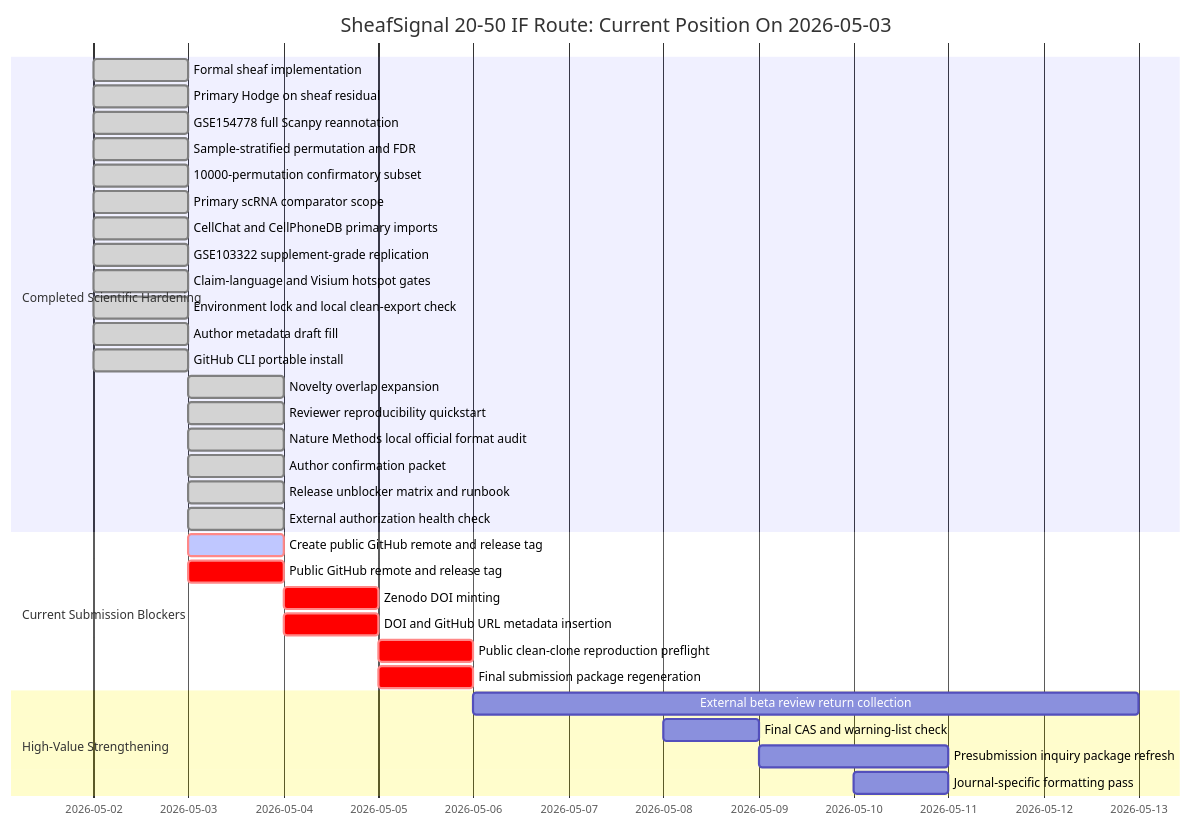
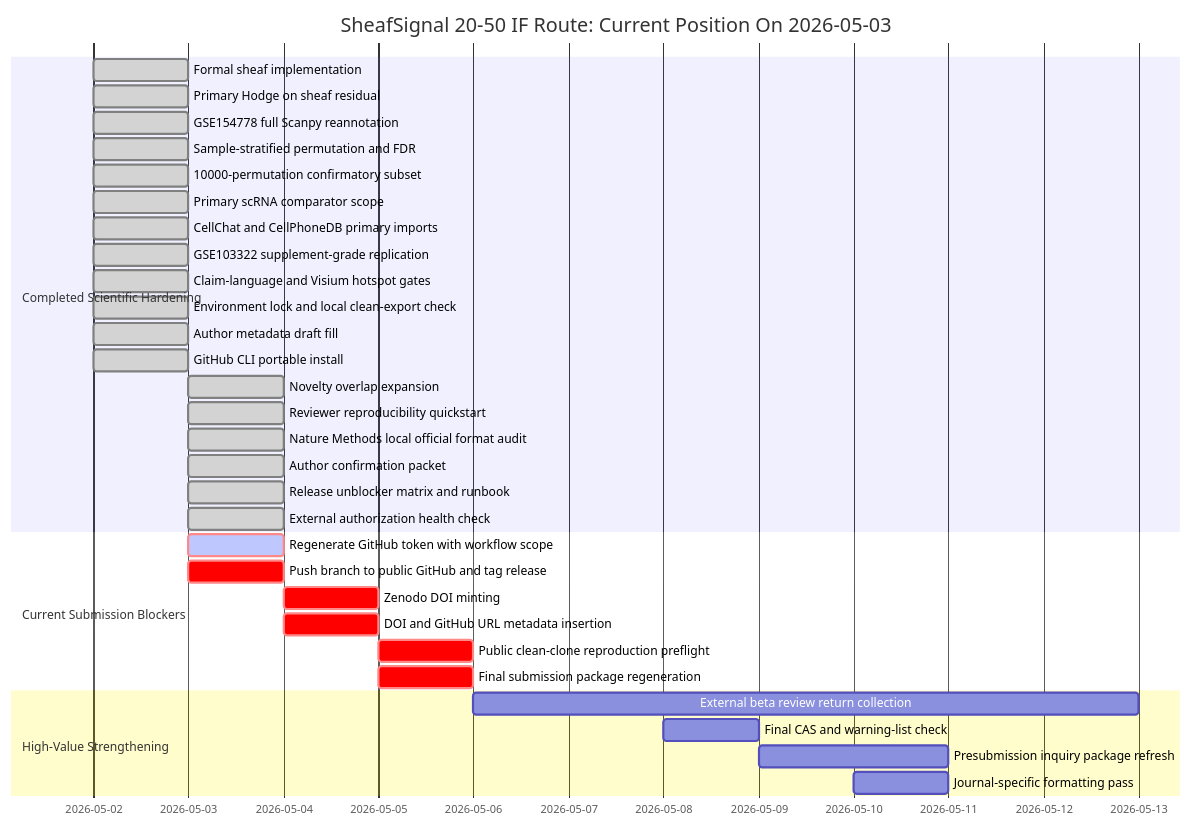
The diagram in manuscript/SHEAFSIGNAL_STATUS_DASHBOARD_2026-05-03.md (healthgreat/SheafSignal), drawn with Mermaid before and after one commit. The commit also changed other lines of this file and 8 other files, not shown here.

Commit message:
Record GitHub workflow-scope blocker

````diff
--- a/manuscript/SHEAFSIGNAL_STATUS_DASHBOARD_2026-05-03.md
+++ b/manuscript/SHEAFSIGNAL_STATUS_DASHBOARD_2026-05-03.md
@@ -104,39 +107,39 @@
 ```mermaid
 gantt
     title SheafSignal 20-50 IF Route: Current Position On 2026-05-03
     dateFormat  YYYY-MM-DD
 
     section Completed Scientific Hardening
     Formal sheaf implementation                    :done, 2026-05-02, 1d
     Primary Hodge on sheaf residual                :done, 2026-05-02, 1d
     GSE154778 full Scanpy reannotation             :done, 2026-05-02, 1d
     Sample-stratified permutation and FDR          :done, 2026-05-02, 1d
     10000-permutation confirmatory subset          :done, 2026-05-02, 1d
     Primary scRNA comparator scope                 :done, 2026-05-02, 1d
     CellChat and CellPhoneDB primary imports       :done, 2026-05-02, 1d
     GSE103322 supplement-grade replication         :done, 2026-05-02, 1d
     Claim-language and Visium hotspot gates        :done, 2026-05-02, 1d
     Environment lock and local clean-export check  :done, 2026-05-02, 1d
     Author metadata draft fill                     :done, 2026-05-02, 1d
     GitHub CLI portable install                    :done, 2026-05-02, 1d
     Novelty overlap expansion                      :done, 2026-05-03, 1d
     Reviewer reproducibility quickstart            :done, 2026-05-03, 1d
     Nature Methods local official format audit     :done, 2026-05-03, 1d
     Author confirmation packet                     :done, 2026-05-03, 1d
     Release unblocker matrix and runbook           :done, 2026-05-03, 1d
     External authorization health check            :done, 2026-05-03, 1d
 
     section Current Submission Blockers
-    Create public GitHub remote and release tag    :crit, active, 2026-05-03, 1d
-    Public GitHub remote and release tag           :crit, 2026-05-03, 1d
+    Regenerate GitHub token with workflow scope    :crit, active, 2026-05-03, 1d
+    Push branch to public GitHub and tag release   :crit, 2026-05-03, 1d
     Zenodo DOI minting                             :crit, 2026-05-04, 1d
     DOI and GitHub URL metadata insertion          :crit, 2026-05-04, 1d
     Public clean-clone reproduction preflight      :crit, 2026-05-05, 1d
     Final submission package regeneration          :crit, 2026-05-05, 1d
 
     section High-Value Strengthening
     External beta review return collection         :2026-05-06, 7d
     Final CAS and warning-list check               :2026-05-08, 1d
     Presubmission inquiry package refresh          :2026-05-09, 2d
     Journal-specific formatting pass               :2026-05-10, 1d
 ```
````
